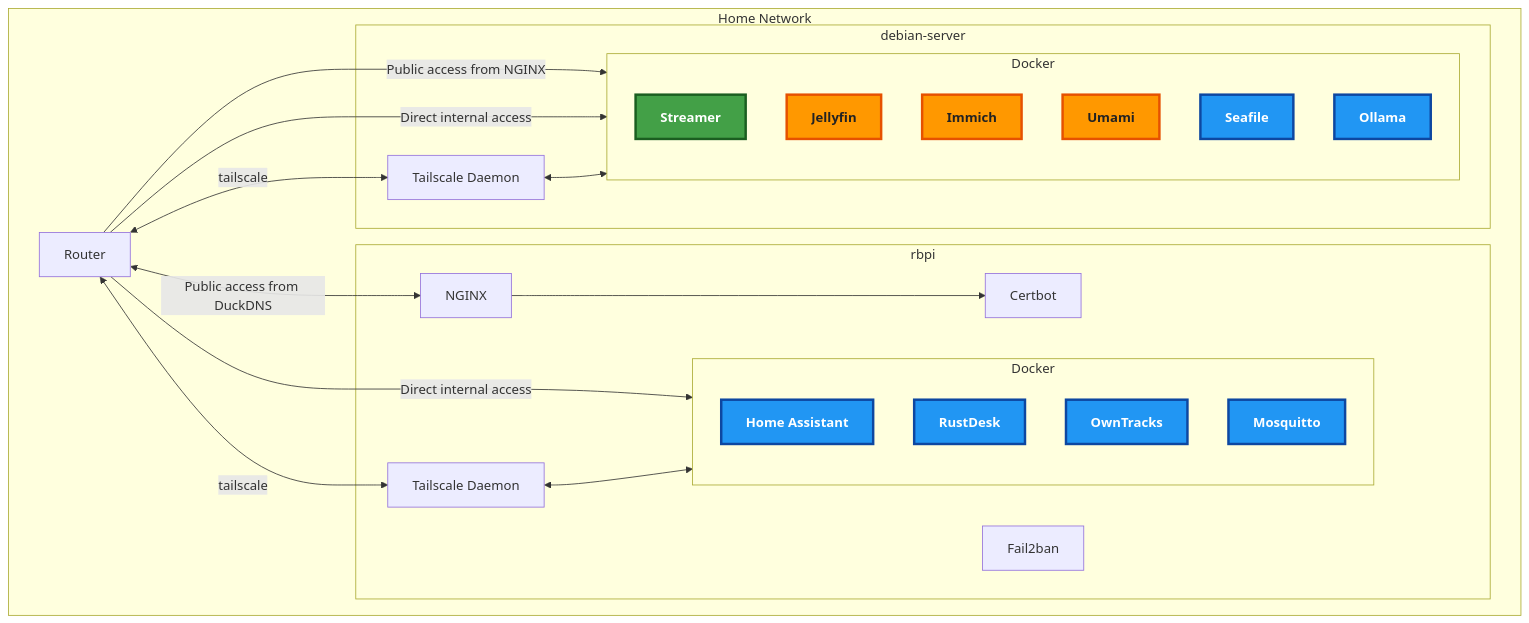
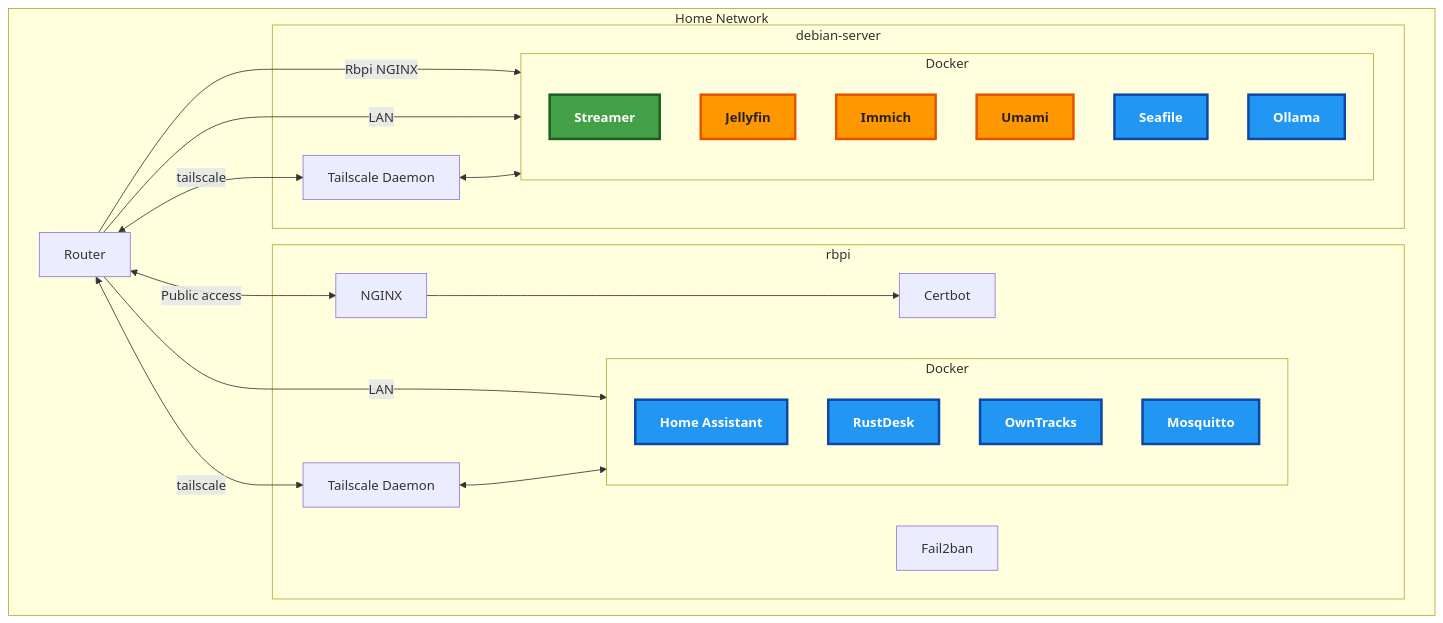
The diagram in content/projects/homelab.md (SimHoZebs/personal-site), drawn with Mermaid before and after one commit. The commit also changed other lines of this file and 4 other files, not shown here.

Commit message:
fix mermaid & fix profile img quality

````diff
--- a/content/projects/homelab.md
+++ b/content/projects/homelab.md
@@ -19,55 +18,55 @@
 ```mermaid
 flowchart TD
   %% Home Network
   subgraph Home_Network["Home Network"]
     Router
     subgraph RPi["rbpi"]
       TailscaleRPi["Tailscale Daemon"]
       NGINX["NGINX"]
       Certbot["Certbot"]
       Fail2ban["Fail2ban"]
       subgraph DockerRPi["Docker"]
         HA["Home Assistant"]
         RustDesk["RustDesk"]
         OwnTracks["OwnTracks"]
         Mosquitto["Mosquitto"]
       end
     end
 
     subgraph DebianServer["debian-server"]
       TailscaleDebian["Tailscale Daemon"]
       subgraph DockerDebian["Docker"]
         Streamer["Streamer"]
         Jellyfin["Jellyfin"]
         Immich["Immich"]
         Umami["Umami"]
         Seafile["Seafile"]
         Ollama["Ollama"]
       end
     end
   end
 
   %% Connections
-  Router <--> |Public access from DuckDNS| NGINX
+  Router <--> |Public access| NGINX
   NGINX --> Certbot
-  Router -->|Public access from NGINX | DockerDebian
-  Router -->|Direct internal access| DockerDebian
-  Router -->|Direct internal access| DockerRPi
+  Router -->|Rbpi NGINX | DockerDebian
+  Router -->|LAN | DockerDebian
+  Router -->|LAN | DockerRPi
 
   %% Tailscale mesh and coordination
   Router <--> |tailscale| TailscaleRPi
   Router <--> |tailscale| TailscaleDebian
   TailscaleDebian <--> DockerDebian
   TailscaleRPi <--> DockerRPi
 
   classDef public_only fill:#ffd600,stroke:#ff6f00,stroke-width:3px,color:#222,font-weight:bold;
   classDef public_tailscale_internal fill:#ff9800,stroke:#e65100,stroke-width:3px,color:#222,font-weight:bold;
   classDef tailscale_internal fill:#2196f3,stroke:#0d47a1,stroke-width:3px,color:#fff,font-weight:bold;
   classDef tailscale_only fill:#8e24aa,stroke:#4a148c,stroke-width:3px,color:#fff,font-weight:bold;
   classDef internal_only fill:#43a047,stroke:#1b5e20,stroke-width:3px,color:#fff,font-weight:bold;
 
   %% Node assignments
   class Jellyfin,Immich,Umami,PublicTailscaleInternal public_tailscale_internal;
   class Seafile,Ollama,HA,RustDesk,OwnTracks,Mosquitto,TailscaleInternal tailscale_internal;
   class Streamer,InternalOnly internal_only;
 ```
````
